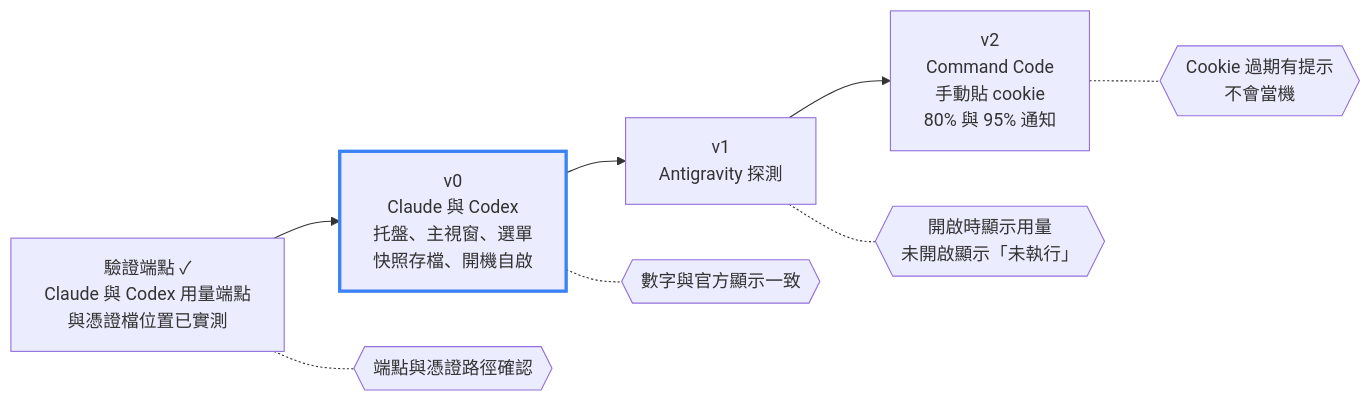
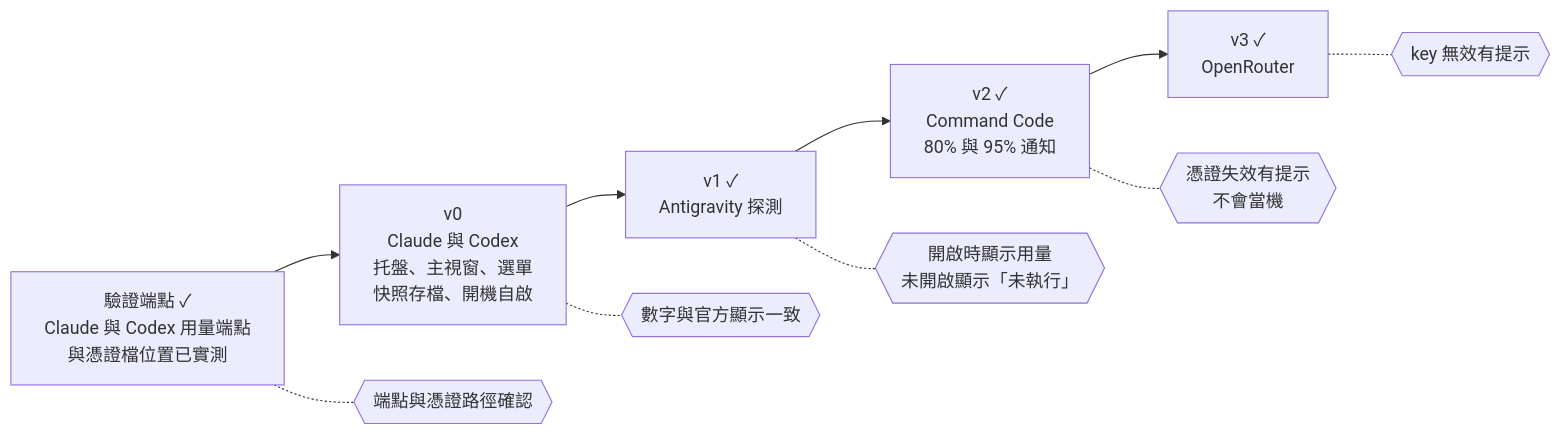
The second of 2 diagrams in docs/spec.md (RayLiu1999/AIBar), drawn with Mermaid before and after one commit. The commit also changed other lines of this file and 2 other files, not shown here.

````diff
--- a/docs/spec.md
+++ b/docs/spec.md
@@ -407,21 +453,22 @@
 ```mermaid
 flowchart LR
     M0["驗證端點 ✓<br/>Claude 與 Codex 用量端點<br/>與憑證檔位置已實測"]
     M1["v0<br/>Claude 與 Codex<br/>托盤、主視窗、選單<br/>快照存檔、開機自啟"]
-    M2["v1<br/>Antigravity 探測"]
-    M3["v2<br/>Command Code<br/>手動貼 cookie<br/>80% 與 95% 通知"]
+    M2["v1 ✓<br/>Antigravity 探測"]
+    M3["v2 ✓<br/>Command Code<br/>80% 與 95% 通知"]
+    M4["v3 ✓<br/>OpenRouter"]
 
-    M0 --> M1 --> M2 --> M3
+    M0 --> M1 --> M2 --> M3 --> M4
 
     G0{{"端點與憑證路徑確認"}}
     G1{{"數字與官方顯示一致"}}
     G2{{"開啟時顯示用量<br/>未開啟顯示「未執行」"}}
-    G3{{"Cookie 過期有提示<br/>不會當機"}}
+    G3{{"憑證失效有提示<br/>不會當機"}}
+    G4{{"key 無效有提示"}}
 
     M0 -.- G0
     M1 -.- G1
     M2 -.- G2
     M3 -.- G3
-
-    style M1 stroke:#3b82f6,stroke-width:3px
+    M4 -.- G4
 ```
````
